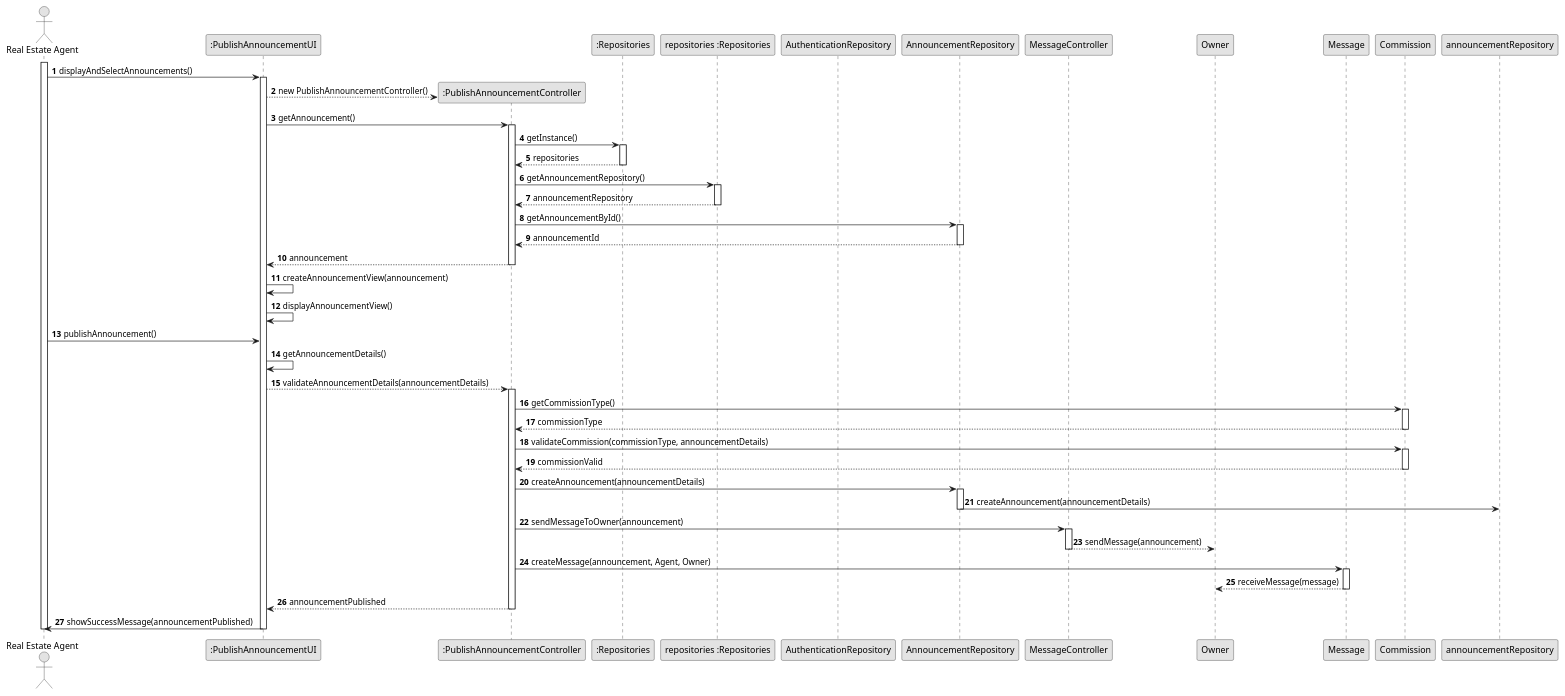
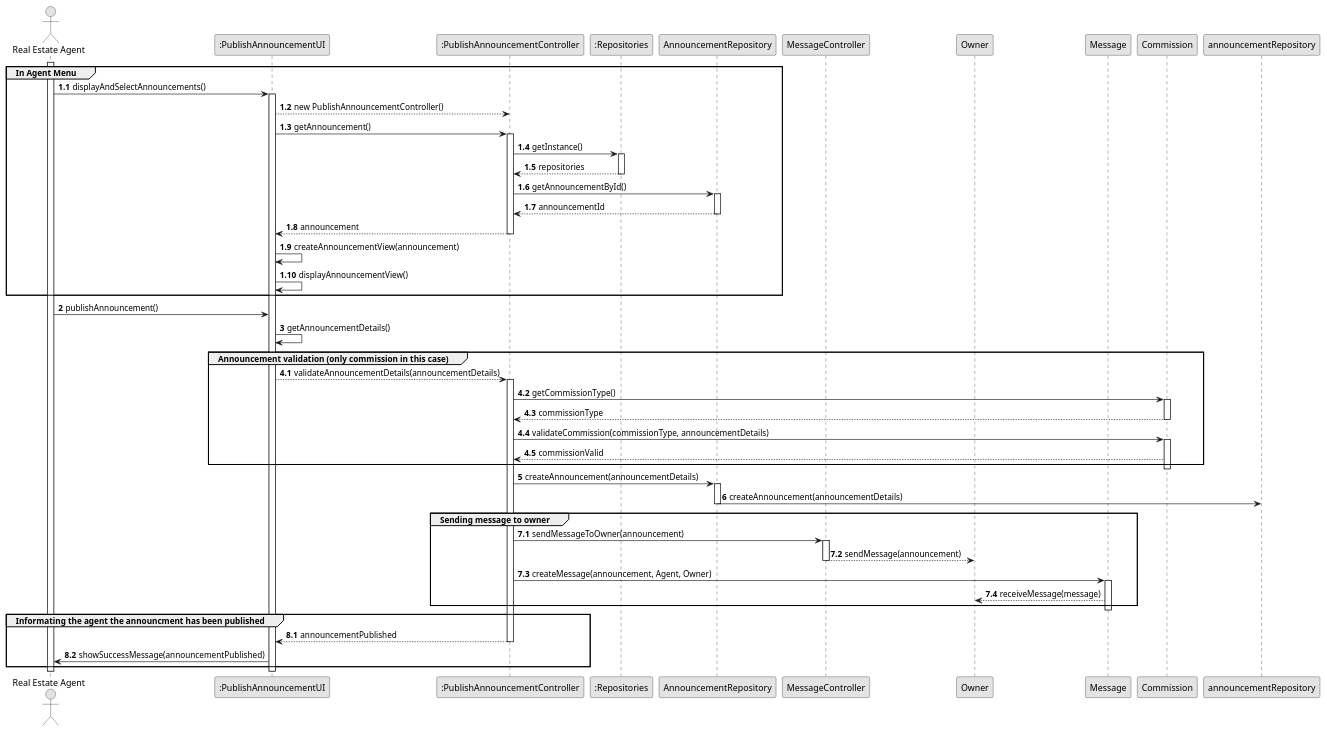
Before and after one commit to Rodrick0209/ISEP-LAPR2-22-23: the diagram in docs/Sprint-D/US002/03.design/puml/us002-sequence-diagram-full.puml, drawn with PlantUML. The commit also changed 38 other files, not shown here.

```diff
--- a/docs/Sprint-D/US002/03.design/puml/us002-sequence-diagram-full.puml
+++ b/docs/Sprint-D/US002/03.design/puml/us002-sequence-diagram-full.puml
@@ -1,83 +1,88 @@
 @startuml
 skinparam monochrome true
 skinparam packageStyle rectangle
 skinparam shadowing false
 
-autonumber
-
-'hide footbox
 actor "Real Estate Agent" as Agent
 participant ":PublishAnnouncementUI" as UI
 participant ":PublishAnnouncementController" as CTRL
 participant ":Repositories" as Repositories
-participant "repositories :Repositories" as RPS
-participant "AuthenticationRepository" as AuthenticationRepository
 participant "AnnouncementRepository" as AnnouncementRepository
 participant "MessageController" as MessageController
 participant "Owner" as Owner
 participant "Message" as Message
 participant "Commission" as Commission
+autonumber 1
 
 activate Agent
-
-
+autonumber 1.1
+group In Agent Menu
 Agent -> UI : displayAndSelectAnnouncements()
 activate UI
-
-UI --> CTRL** : new PublishAnnouncementController()
+UI --> CTRL : new PublishAnnouncementController()
 UI -> CTRL : getAnnouncement()
 activate CTRL
+CTRL -> Repositories : getInstance()
+activate Repositories
+Repositories --> CTRL : repositories
+deactivate Repositories
+CTRL -> AnnouncementRepository : getAnnouncementById()
+activate AnnouncementRepository
+AnnouncementRepository --> CTRL : announcementId
+deactivate AnnouncementRepository
+CTRL --> UI : announcement
+deactivate CTRL
+UI -> UI : createAnnouncementView(announcement)
+UI -> UI : displayAnnouncementView()
 
+end
+autonumber 2
 
+Agent -> UI : publishAnnouncement()
+UI -> UI : getAnnouncementDetails()
 
-    CTRL -> Repositories : getInstance()
-    activate Repositories
-    Repositories --> CTRL : repositories
-    deactivate Repositories
+group Announcement validation (only commission in this case)
+autonumber 4
+autonumber 4.1
+UI --> CTRL : validateAnnouncementDetails(announcementDetails)
+activate CTRL
+CTRL -> Commission : getCommissionType()
+activate Commission
+Commission --> CTRL : commissionType
+deactivate Commission
+CTRL -> Commission : validateCommission(commissionType, announcementDetails)
+activate Commission
+Commission --> CTRL : commissionValid
+autonumber 5
+end
+deactivate Commission
 
-    CTRL -> RPS : getAnnouncementRepository()
-    activate RPS
-    RPS --> CTRL : announcementRepository
-    deactivate RPS
-    CTRL -> AnnouncementRepository : getAnnouncementById()
+CTRL -> AnnouncementRepository : createAnnouncement(announcementDetails)
+activate AnnouncementRepository
+AnnouncementRepository -> announcementRepository : createAnnouncement(announcementDetails)
+deactivate AnnouncementRepository
 
-    activate AnnouncementRepository
-    AnnouncementRepository --> CTRL : announcementId
-    deactivate AnnouncementRepository
-    CTRL --> UI : announcement
-    deactivate CTRL
-    UI -> UI : createAnnouncementView(announcement)
-    UI -> UI : displayAnnouncementView()
-
-    Agent -> UI : publishAnnouncement()
-
-    UI -> UI : getAnnouncementDetails()
-    UI --> CTRL : validateAnnouncementDetails(announcementDetails)
-    activate CTRL
-    CTRL -> Commission : getCommissionType()
-    activate Commission
-    Commission --> CTRL : commissionType
-    deactivate Commission
-    CTRL -> Commission : validateCommission(commissionType, announcementDetails)
-    activate Commission
-    Commission --> CTRL : commissionValid
-    deactivate Commission
-    CTRL -> AnnouncementRepository : createAnnouncement(announcementDetails)
-    activate AnnouncementRepository
-    AnnouncementRepository -> announcementRepository : createAnnouncement(announcementDetails)
-    deactivate AnnouncementRepository
-    CTRL -> MessageController : sendMessageToOwner(announcement)
-    activate MessageController
-    MessageController --> Owner : sendMessage(announcement)
-    deactivate MessageController
-    CTRL -> Message : createMessage(announcement, Agent, Owner)
-    activate Message
-    Message --> Owner : receiveMessage(message)
-    deactivate Message
-    CTRL --> UI : announcementPublished
-    deactivate CTRL
-    UI -> Agent : showSuccessMessage(announcementPublished)
-
+group Sending message to owner
+autonumber 7
+autonumber 7.1
+CTRL -> MessageController : sendMessageToOwner(announcement)
+activate MessageController
+MessageController --> Owner : sendMessage(announcement)
+deactivate MessageController
+CTRL -> Message : createMessage(announcement, Agent, Owner)
+activate Message
+Message --> Owner : receiveMessage(message)
+autonumber 8
+end
+deactivate Message
+autonumber 8
+autonumber 8.1
+group Informating the agent the announcment has been published
+CTRL --> UI : announcementPublished
+deactivate CTRL
+UI -> Agent : showSuccessMessage(announcementPublished)
+autonumber 9
+end
 deactivate UI
 deactivate Agent
 @enduml
```
